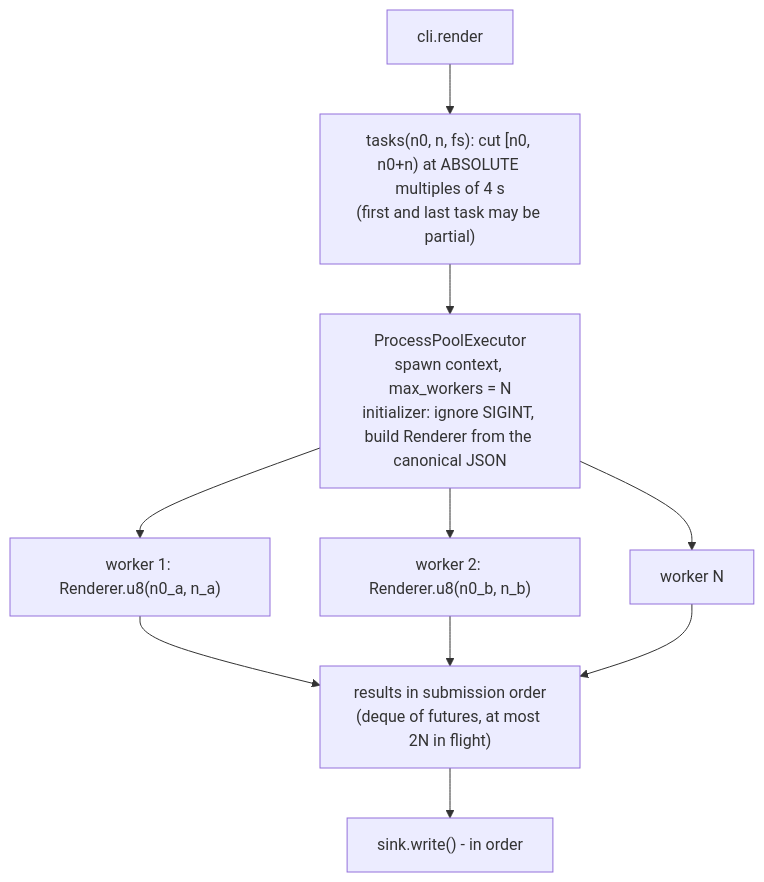
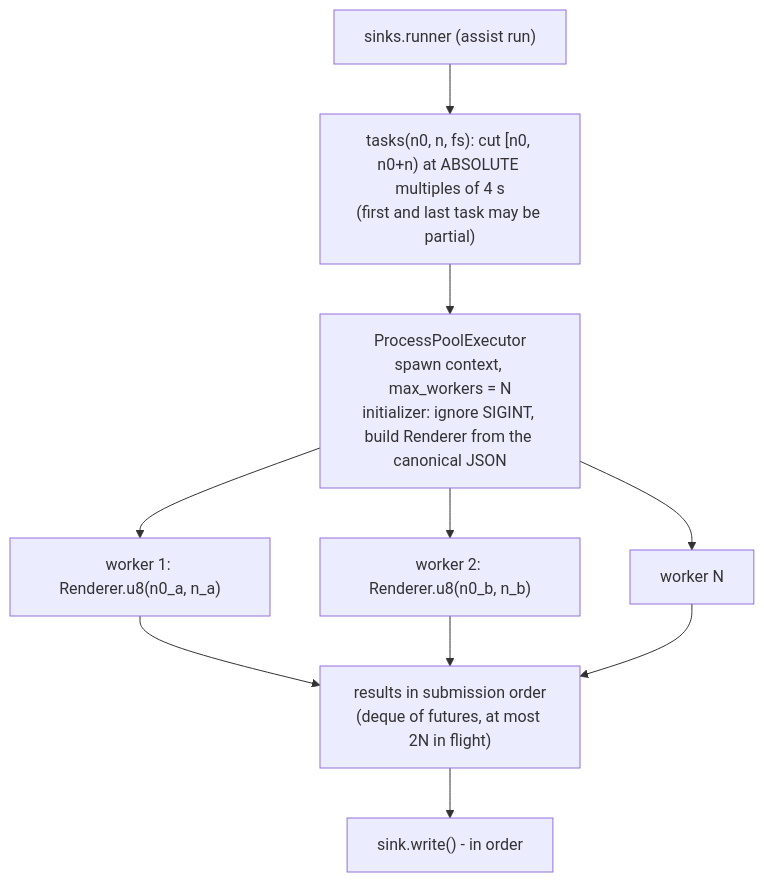
Before and after one commit to BUSH222/ASSIST: diagram 20 of 22 in HOW-IT-WORKS.md, drawn with Mermaid. The commit also changed other lines of this file and 69 other files, not shown here.

````diff
--- a/HOW-IT-WORKS.md
+++ b/HOW-IT-WORKS.md
@@ -1858,12 +1858,12 @@
 ```mermaid
 flowchart TD
-    CLI["cli.render"] --> T["tasks(n0, n, fs): cut [n0, n0+n) at ABSOLUTE multiples of 4 s<br/>(first and last task may be partial)"]
+    CLI["sinks.runner (assist run)"] --> T["tasks(n0, n, fs): cut [n0, n0+n) at ABSOLUTE multiples of 4 s<br/>(first and last task may be partial)"]
     T --> POOL["ProcessPoolExecutor<br/>spawn context, max_workers = N<br/>initializer: ignore SIGINT, build Renderer from the canonical JSON"]
     POOL --> W1["worker 1: Renderer.u8(n0_a, n_a)"]
     POOL --> W2["worker 2: Renderer.u8(n0_b, n_b)"]
     POOL --> W3["worker N"]
     W1 --> Q["results in submission order<br/>(deque of futures, at most 2N in flight)"]
     W2 --> Q
     W3 --> Q
     Q --> S["sink.write()  - in order"]
 ```
````
